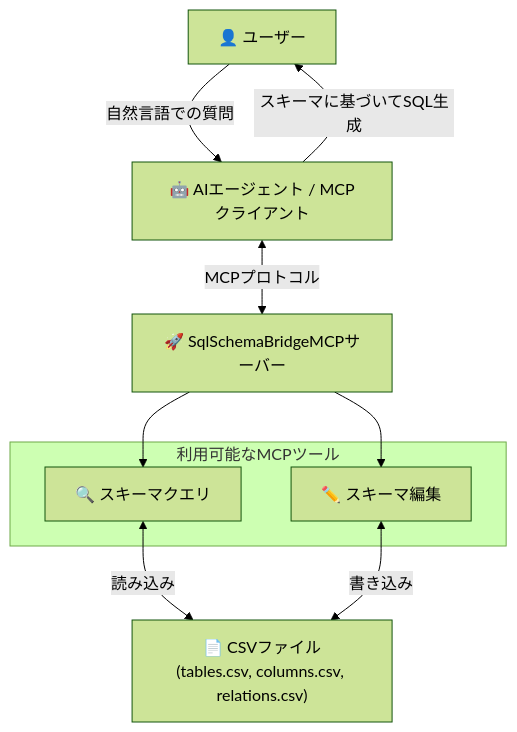
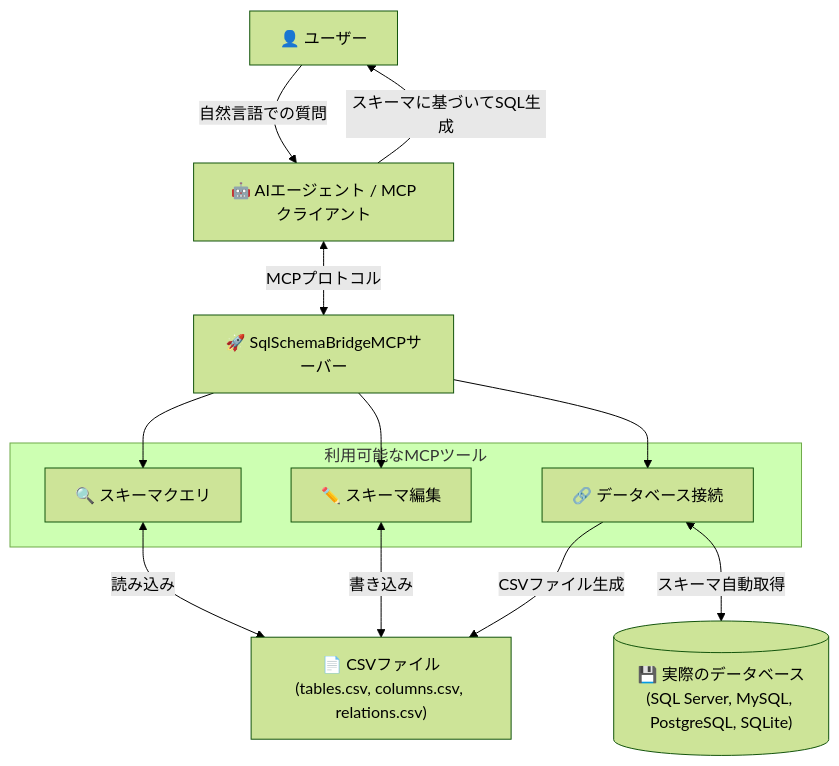
The first of 2 diagrams in README.ja.md (yt3trees/SqlSchemaBridgeMCP), drawn with Mermaid (forest theme) before and after one commit. The commit also changed other lines of this file and 13 other files, not shown here.

Commit message:
feat: Add database connection and auto-schema import functionality

````diff
--- a/README.ja.md
+++ b/README.ja.md
@@ -8,21 +8,26 @@
 ```mermaid
 graph TB
     User["👤 ユーザー"]
     Agent["🤖 AIエージェント / MCPクライアント"]
     Server["🚀 SqlSchemaBridgeMCPサーバー"]
+    Database[("💾 実際のデータベース<br/>(SQL Server, MySQL, PostgreSQL, SQLite)")]
     CSVFiles["📄 CSVファイル<br/>(tables.csv, columns.csv, relations.csv)"]
 
     subgraph "利用可能なMCPツール"
         QueryTools["🔍 スキーマクエリ"]
         EditTools["✏️ スキーマ編集"]
+        ConnectionTools["🔗 データベース接続"]
     end
 
     %% メインフロー
     User -->|"自然言語での質問"| Agent
     Agent <-->|"MCPプロトコル"| Server
     Server --> QueryTools
     Server --> EditTools
+    Server --> ConnectionTools
     QueryTools <-->|"読み込み"| CSVFiles
     EditTools <-->|"書き込み"| CSVFiles
+    ConnectionTools <-->|"スキーマ自動取得"| Database
+    ConnectionTools -->|"CSVファイル生成"| CSVFiles
     Agent -->|"スキーマに基づいてSQL生成"| User
 ```
````
